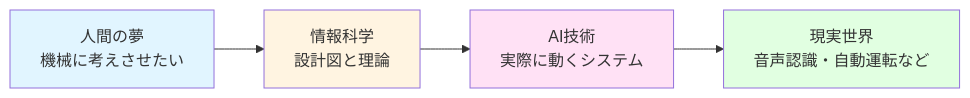
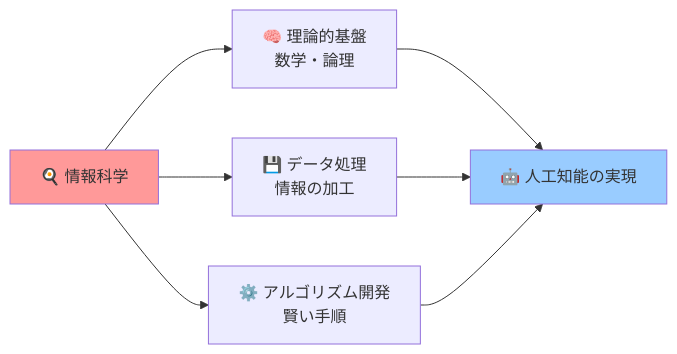
The first of 20 diagrams in AI/BySpecialty/InformationScience/README.MD (SparklingDetergent/doc_genai_mental_model), drawn with Mermaid before and after one commit. The commit also changed other lines of this file, not shown here.

````diff
--- a/AI/BySpecialty/InformationScience/README.MD
+++ b/AI/BySpecialty/InformationScience/README.MD
@@ -37,11 +33,13 @@
 ```mermaid
 graph LR
-    A[人間の夢<br/>機械に考えさせたい] --> B[情報科学<br/>設計図と理論]
-    B --> C[AI技術<br/>実際に動くシステム]
-    C --> D[現実世界<br/>音声認識・自動運転など]
+    A[🍳 情報科学] --> B[🧠 理論的基盤<br/>数学・論理]
+    A --> C[💾 データ処理<br/>情報の加工]
+    A --> D[⚙️ アルゴリズム開発<br/>賢い手順]
     
-    style A fill:#e1f5ff
-    style B fill:#fff4e1
-    style C fill:#ffe1f5
-    style D fill:#e1ffe1
+    B --> E[🤖 人工知能の実現]
+    C --> E
+    D --> E
+    
+    style A fill:#ff9999
+    style E fill:#99ccff
 ```
````
